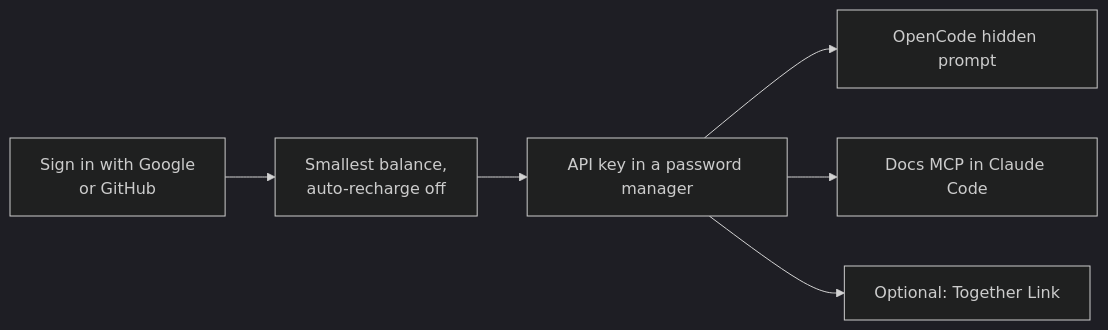
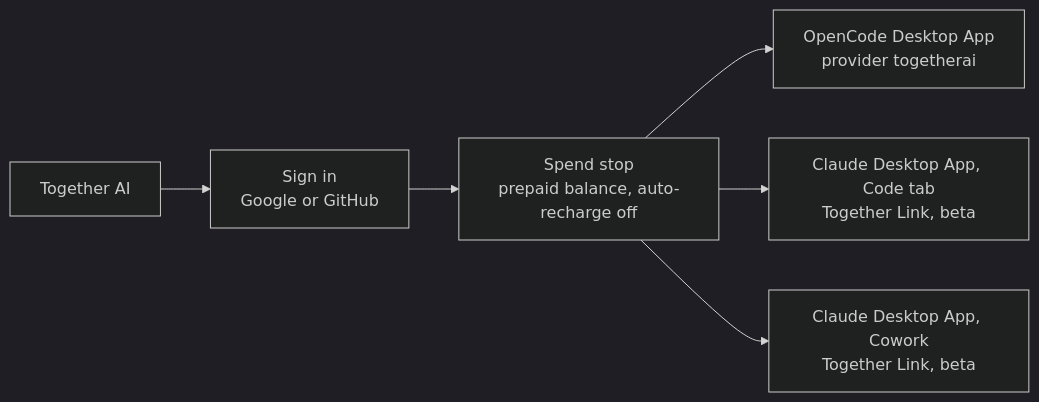
Before and after one commit to SoulCraft-Org/compute-crafter: the diagram in guides/together.md, drawn with Mermaid (dark theme). The commit also changed other lines of this file and 13 other files, not shown here.

````diff
--- a/guides/together.md
+++ b/guides/together.md
@@ -9,7 +5,7 @@
 ```mermaid
 flowchart LR
-  S[Sign in with Google<br/>or GitHub] --> B[Smallest balance,<br/>auto-recharge off] --> K[API key in a password manager]
-  K --> O[OpenCode hidden prompt]
-  K --> M[Docs MCP in Claude Code]
-  K --> T[Optional: Together Link]
+  P[Together AI] --> S[Sign in<br/>Google or GitHub] --> G[Spend stop<br/>prepaid balance, auto-recharge off]
+  G --> O[OpenCode Desktop App<br/>provider togetherai]
+  G --> C[Claude Desktop App, Code tab<br/>Together Link, beta]
+  G --> W[Claude Desktop App, Cowork<br/>Together Link, beta]
 ```
````
